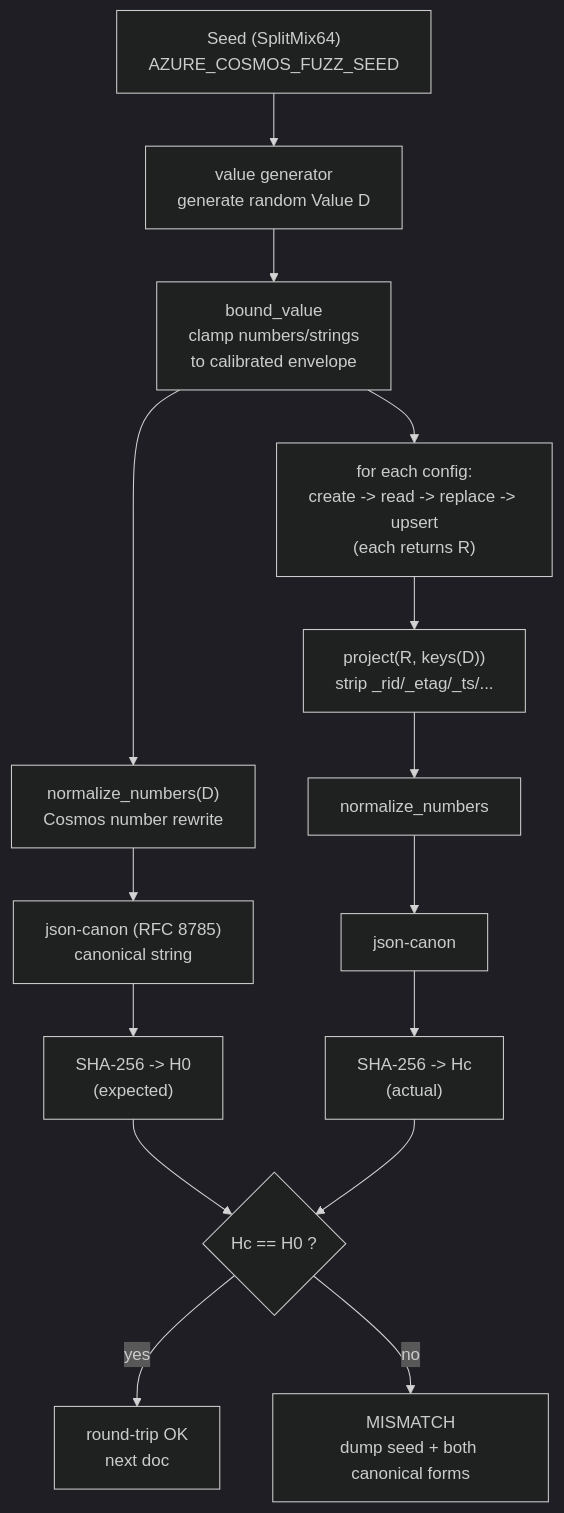
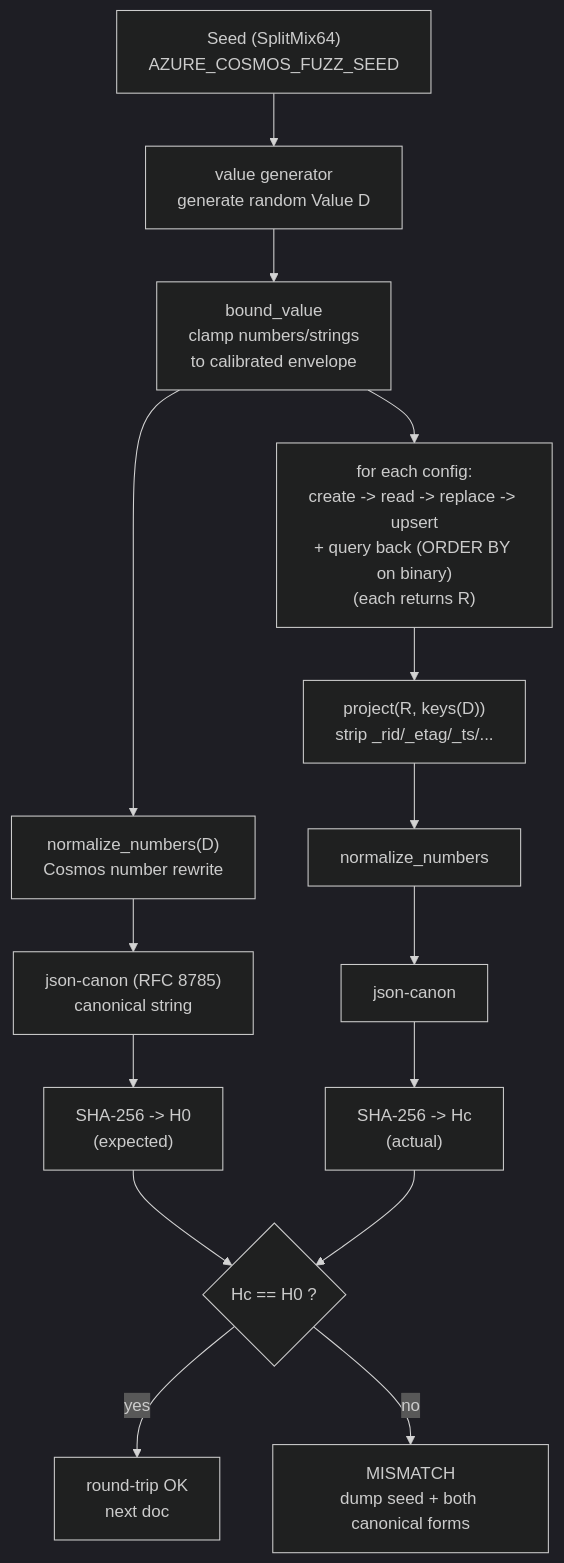
Before and after one commit to Azure/azure-sdk-for-rust: the first of 4 diagrams in sdk/cosmos/azure_data_cosmos_driver/docs/BINARY_ENCODING_ROUNDTRIP_FUZZER.md, drawn with Mermaid (dark theme). The commit also changed other lines of this file and 14 other files, not shown here.

````diff
--- a/sdk/cosmos/azure_data_cosmos_driver/docs/BINARY_ENCODING_ROUNDTRIP_FUZZER.md
+++ b/sdk/cosmos/azure_data_cosmos_driver/docs/BINARY_ENCODING_ROUNDTRIP_FUZZER.md
@@ -118,19 +132,19 @@
 ```mermaid
 flowchart TD
     SEED["Seed (SplitMix64)\nAZURE_COSMOS_FUZZ_SEED"] --> GEN
     GEN["value generator\ngenerate random Value D"] --> BOUND["bound_value\nclamp numbers/strings\nto calibrated envelope"]
     BOUND --> NORM0["normalize_numbers(D)\nCosmos number rewrite"]
     NORM0 --> CANON0["json-canon (RFC 8785)\ncanonical string"]
     CANON0 --> HASH0["SHA-256 -> H0\n(expected)"]
 
-    BOUND --> STORE["for each config:\ncreate -> read -> replace -> upsert\n(each returns R)"]
+    BOUND --> STORE["for each config:\ncreate -> read -> replace -> upsert\n+ query back (ORDER BY on binary)\n(each returns R)"]
     STORE --> PROJ["project(R, keys(D))\nstrip _rid/_etag/_ts/..."]
     PROJ --> NORM1["normalize_numbers"]
     NORM1 --> CANON1["json-canon"]
     CANON1 --> HASH1["SHA-256 -> Hc\n(actual)"]
 
     HASH0 --> CMP{"Hc == H0 ?"}
     HASH1 --> CMP
     CMP -->|yes| OK["round-trip OK\nnext doc"]
     CMP -->|no| FAIL["MISMATCH\ndump seed + both canonical forms"]
 ```
````
